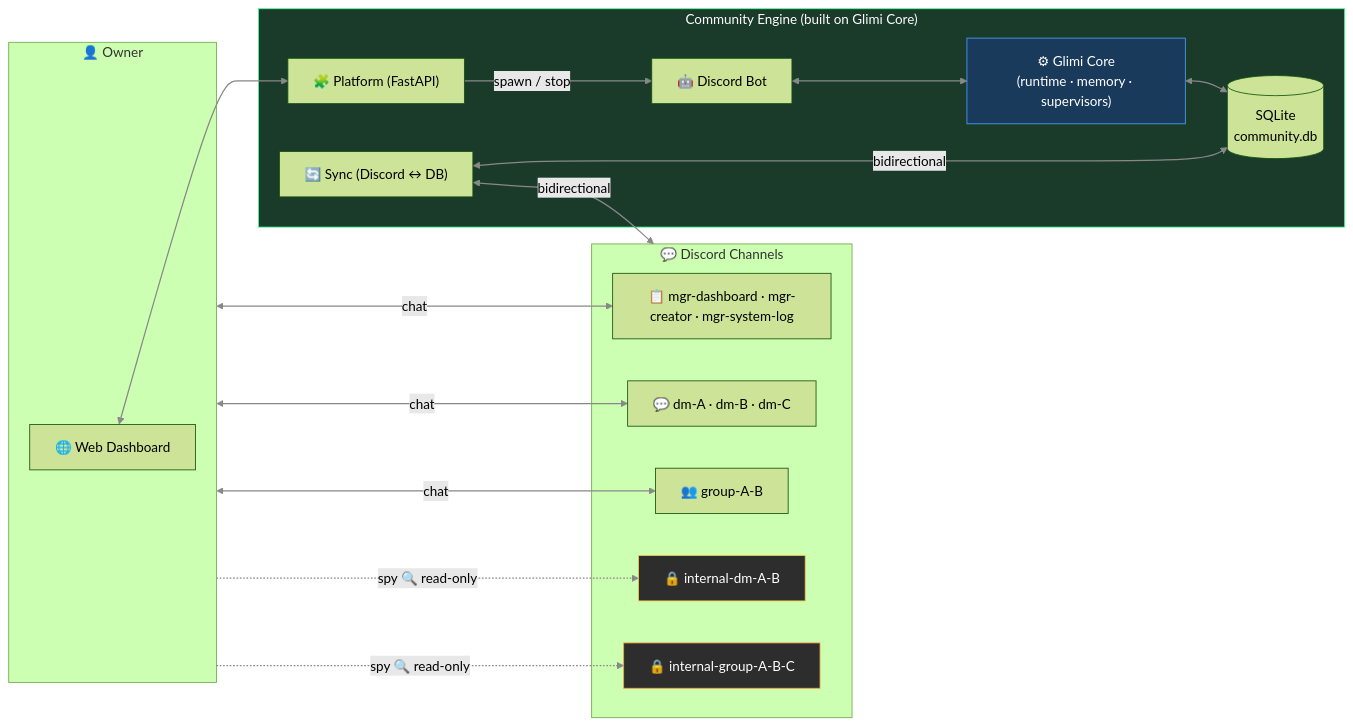
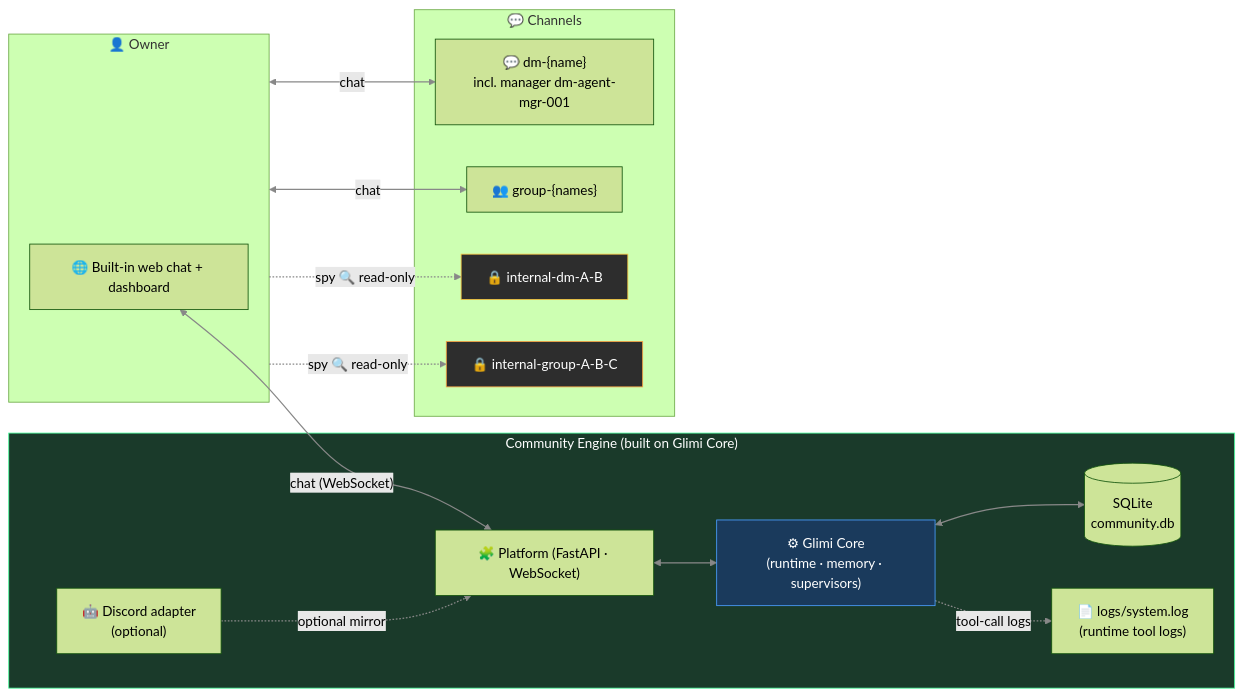
Before and after one commit to je-empty/Glimi: the third of 3 diagrams in README.md, drawn with Mermaid (forest theme). The commit also changed other lines of this file and 1 other file, not shown here.

Commit message:
docs(readme): web-first Community architecture + current channel model (drop stale mgr-* / Discord-coupled)

````diff
--- a/README.md
+++ b/README.md
@@ -383,36 +383,35 @@
 ```mermaid
 flowchart LR
     linkStyle default stroke:#888,stroke-width:1.5px
     subgraph Owner["👤 Owner"]
-        Browser["🌐 Web Dashboard"]
+        Web["🌐 Built-in web chat + dashboard"]
     end
 
     subgraph Engine["Community Engine (built on Glimi Core)"]
-        Plat["🧩 Platform (FastAPI)"]
-        Bot["🤖 Discord Bot"]
+        Plat["🧩 Platform (FastAPI · WebSocket)"]
         Core["⚙ Glimi Core<br/>(runtime · memory · supervisors)"]
         DB[("SQLite<br/>community.db")]
-        Sync["🔄 Sync (Discord ↔ DB)"]
+        Log["📄 logs/system.log<br/>(runtime tool logs)"]
+        Bot["🤖 Discord adapter<br/>(optional)"]
     end
 
-    subgraph Discord["💬 Discord Channels"]
-        Mgr["📋 mgr-dashboard · mgr-creator · mgr-system-log"]
-        DM["💬 dm-A · dm-B · dm-C"]
-        Grp["👥 group-A-B"]
+    subgraph Channels["💬 Channels"]
+        DM["💬 dm-{name}<br/>incl. manager dm-agent-mgr-001"]
+        Grp["👥 group-{names}"]
         SecDM["🔒 internal-dm-A-B"]
         SecGrp["🔒 internal-group-A-B-C"]
     end
 
-    Browser <--> Plat
-    Plat -->|"spawn / stop"| Bot
-    Owner <-->|"chat"| Mgr & DM & Grp
+    Web <-->|"chat (WebSocket)"| Plat
+    Plat <--> Core
+    Core <--> DB
+    Core -.->|"tool-call logs"| Log
+    Owner <-->|"chat"| DM & Grp
     Owner -. "spy 🔍 read-only" .-> SecDM & SecGrp
-    Bot <--> Core
-    Core <--> DB
-    Sync <-->|"bidirectional"| DB & Discord
+    Bot -. "optional mirror" .-> Plat
 
     style Engine fill:#1a3a2a,stroke:#4aff9e,color:#fff
     style Core fill:#1a3a5c,stroke:#4a9eff,color:#fff
     style SecDM fill:#2d2d2d,stroke:#f5c542,color:#fff
     style SecGrp fill:#2d2d2d,stroke:#f5a142,color:#fff
 ```
````
